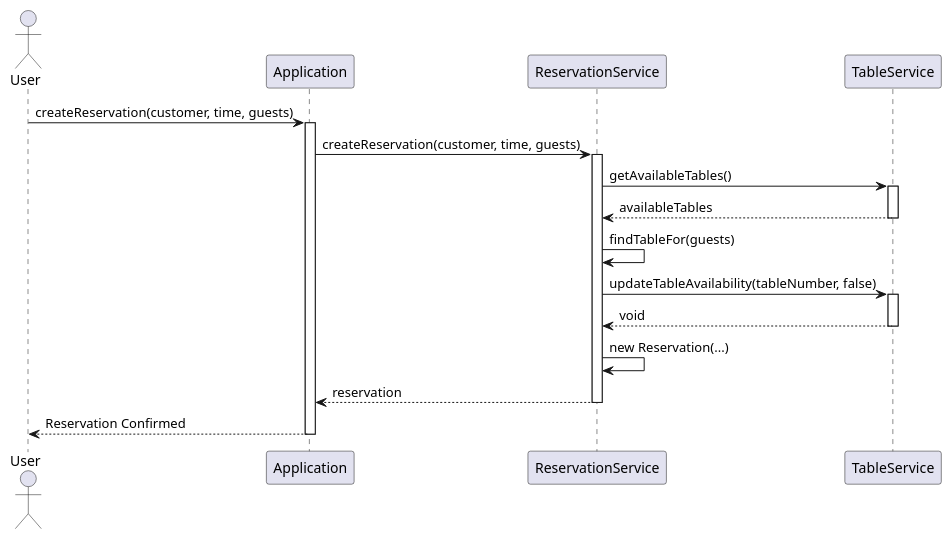
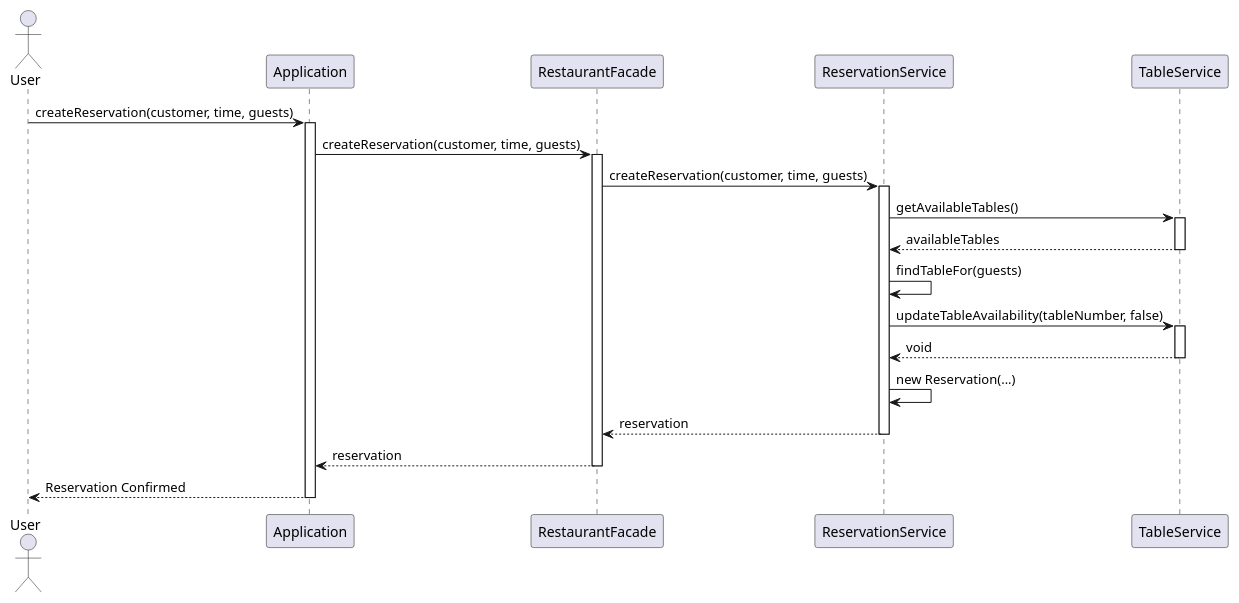
One commit to luisssfps/proyecto-fps changed the diagram in diagrams/sequence_reservation.puml. Above: the diagram before and after it, drawn with PlantUML. The commit also changed 4 other files, not shown here.

Commit message:
actualizando diagramas y archivo readme

```diff
--- a/diagrams/sequence_reservation.puml
+++ b/diagrams/sequence_reservation.puml
@@ -1,34 +1,41 @@
 @startuml
-' Diagrama de Secuencia: Creación de una Reserva
+' Diagrama de Secuencia: Creación de una Reserva (con Facade)
 
 actor User
 participant Application
+participant RestaurantFacade
 participant ReservationService
 participant TableService
 
 User -> Application: createReservation(customer, time, guests)
 activate Application
 
-Application -> ReservationService: createReservation(customer, time, guests)
+Application -> RestaurantFacade: createReservation(customer, time, guests)
+activate RestaurantFacade
+
+RestaurantFacade -> ReservationService: createReservation(customer, time, guests)
 activate ReservationService
 
 ReservationService -> TableService: getAvailableTables()
 activate TableService
 TableService --> ReservationService: availableTables
 deactivate TableService
 
 ReservationService -> ReservationService: findTableFor(guests)
 
 ReservationService -> TableService: updateTableAvailability(tableNumber, false)
 activate TableService
 TableService --> ReservationService: void
 deactivate TableService
 
 ReservationService -> ReservationService: new Reservation(...)
-ReservationService --> Application: reservation
+ReservationService --> RestaurantFacade: reservation
 deactivate ReservationService
+
+RestaurantFacade --> Application: reservation
+deactivate RestaurantFacade
 
 Application --> User: Reservation Confirmed
 deactivate Application
 
 @enduml
```
